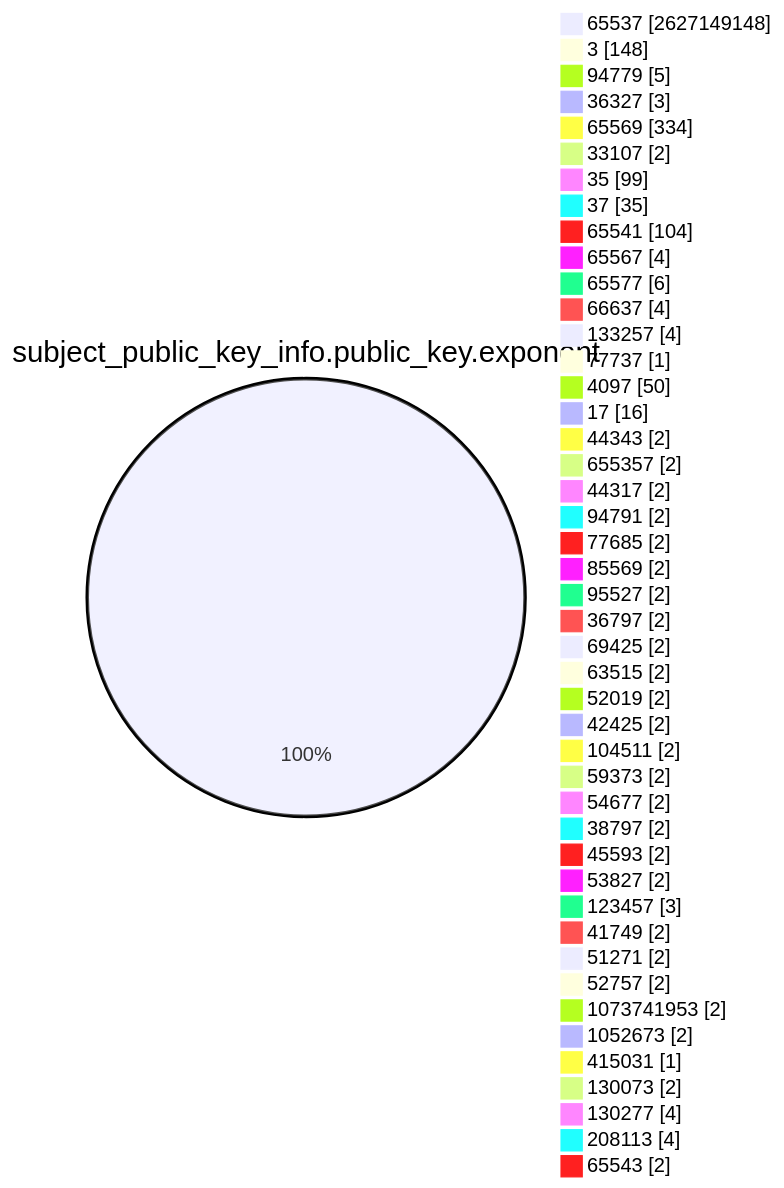
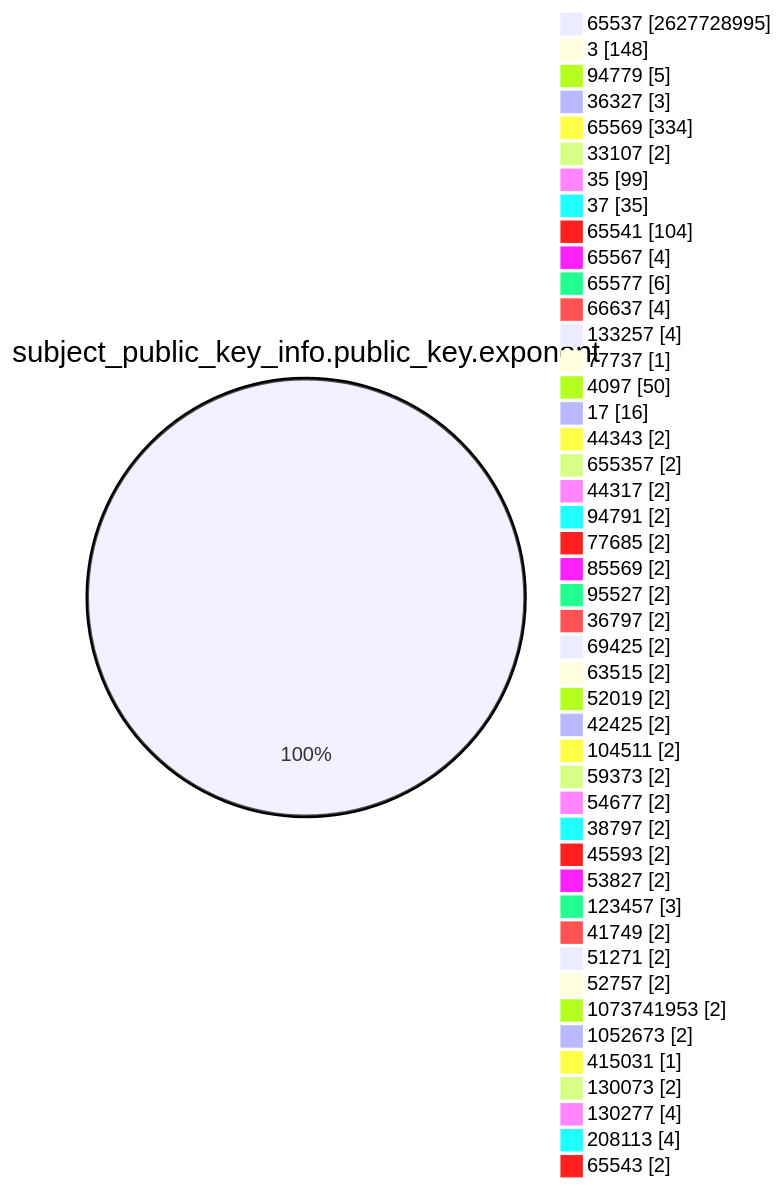
Before and after one commit to christiankrug/ctmonitor_visualization: the fourth of 15 diagrams in TOTAL/README.md, drawn with Mermaid. The commit also changed other lines of this file, not shown here.

````diff
--- a/TOTAL/README.md
+++ b/TOTAL/README.md
@@ -1466,49 +1466,49 @@
 ```mermaid
 pie showData
 title subject_public_key_info.public_key.exponent
-"65537" :2627149148
+"65537" :2627728995
 "3" :148
 "94779" :5
 "36327" :3
 "65569" :334
 "33107" :2
 "35" :99
 "37" :35
 "65541" :104
 "65567" :4
 "65577" :6
 "66637" :4
 "133257" :4
 "77737" :1
 "4097" :50
 "17" :16
 "44343" :2
 "655357" :2
 "44317" :2
 "94791" :2
 "77685" :2
 "85569" :2
 "95527" :2
 "36797" :2
 "69425" :2
 "63515" :2
 "52019" :2
 "42425" :2
 "104511" :2
 "59373" :2
 "54677" :2
 "38797" :2
 "45593" :2
 "53827" :2
 "123457" :3
 "41749" :2
 "51271" :2
 "52757" :2
 "1073741953" :2
 "1052673" :2
 "415031" :1
 "130073" :2
 "130277" :4
 "208113" :4
 "65543" :2
 ```
````
